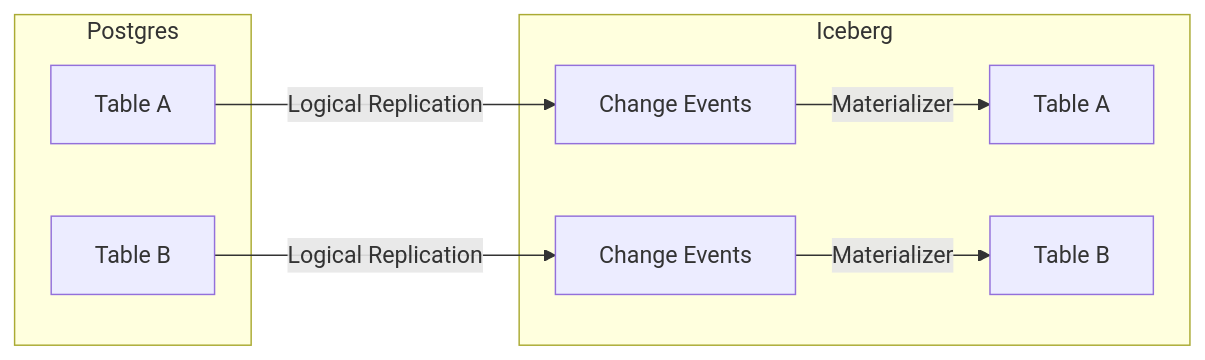
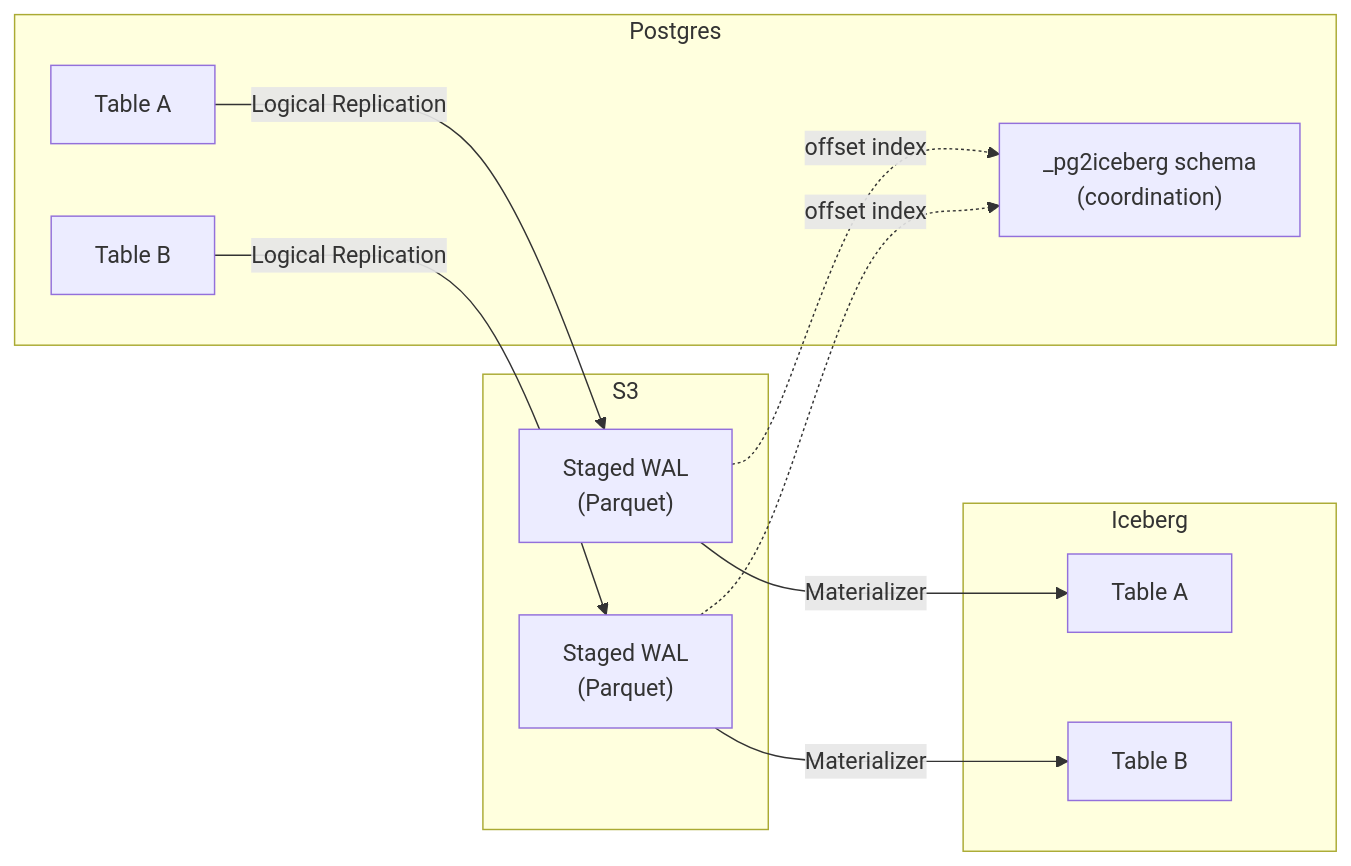
One commit to polynya-dev/pg2iceberg changed the second of 3 diagrams in README.md. Above: the diagram before and after it, drawn with Mermaid. The commit also changed other lines of this file and 25 other files, not shown here.

````diff
--- a/README.md
+++ b/README.md
@@ -24,15 +24,25 @@
 ```mermaid
 graph LR
   subgraph Postgres
       TableA["Table A"]
       TableB["Table B"]
+      Coord["_pg2iceberg schema<br />(coordination)"]
+  end
+
+  subgraph S3
+      StagedA["Staged WAL<br />(Parquet)"]
+      StagedB["Staged WAL<br />(Parquet)"]
   end
 
   subgraph Iceberg
-      WALA["Change Events"] -->|Materializer| TargetA[Table A]
-      WALB["Change Events"] -->|Materializer| TargetB[Table B]
+      TargetA[Table A]
+      TargetB[Table B]
   end
 
-  TableA -->|Logical Replication| WALA
-  TableB -->|Logical Replication| WALB
+  TableA -->|Logical Replication| StagedA
+  TableB -->|Logical Replication| StagedB
+  StagedA -->|Materializer| TargetA
+  StagedB -->|Materializer| TargetB
+  StagedA -.->|offset index| Coord
+  StagedB -.->|offset index| Coord
 ```
````
